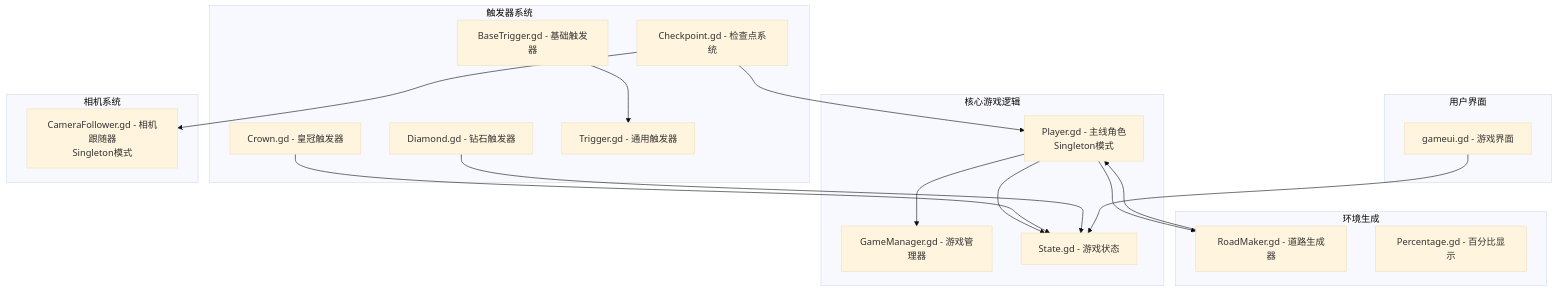
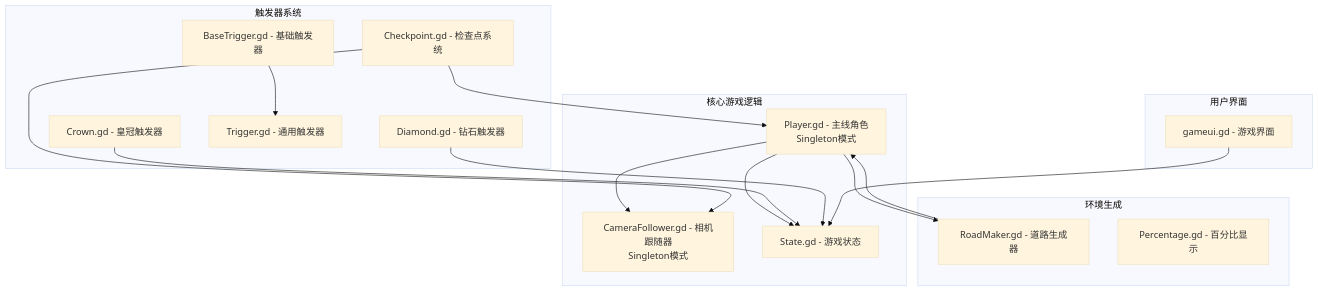
The first of 13 diagrams in .qoder/repowiki/zh/content/Mainline Script.md (godotline/godot-line), drawn with Mermaid (base theme) before and after one commit. The commit also changed other lines of this file and 13 other files, not shown here.

````diff
--- a/.qoder/repowiki/zh/content/Mainline Script.md
+++ b/.qoder/repowiki/zh/content/Mainline Script.md
@@ -48,35 +47,32 @@
 ```mermaid
 graph TB
 subgraph "核心游戏逻辑"
 PL[Player.gd - 主线角色<br/>Singleton模式]
-GM[GameManager.gd - 游戏管理器]
+CF[CameraFollower.gd - 相机跟随器<br/>Singleton模式]
 ST[State.gd - 游戏状态]
 end
 subgraph "环境生成"
 RM[RoadMaker.gd - 道路生成器]
 PERC[Percentage.gd - 百分比显示]
 end
 subgraph "用户界面"
 GUI[gameui.gd - 游戏界面]
 end
 subgraph "触发器系统"
 BT[BaseTrigger.gd - 基础触发器]
 CT[Crown.gd - 皇冠触发器]
 DT[Diamond.gd - 钻石触发器]
 TR[Trigger.gd - 通用触发器]
 CP[Checkpoint.gd - 检查点系统]
 end
-subgraph "相机系统"
-CF[CameraFollower.gd - 相机跟随器<br/>Singleton模式]
-end
 PL --> RM
 PL --> ST
-PL --> GM
+PL --> CF
 RM --> PL
 CT --> ST
 DT --> ST
 GUI --> ST
 BT --> TR
 CP --> CF
 CP --> PL
 ```
````
